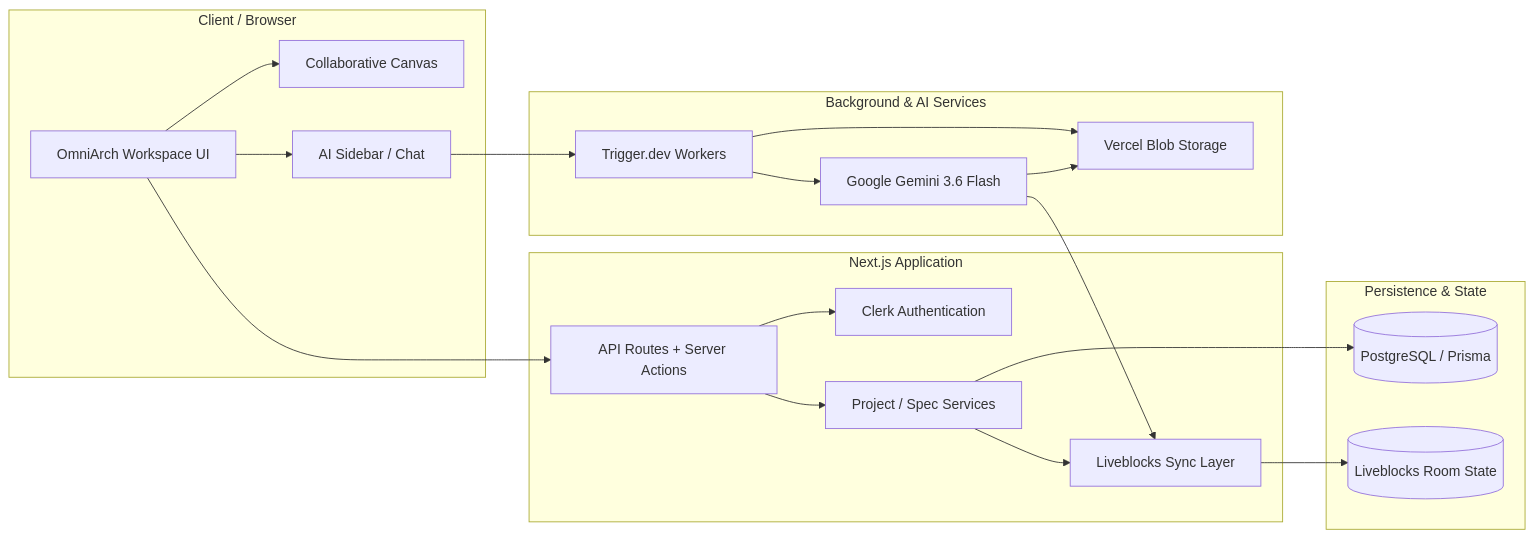
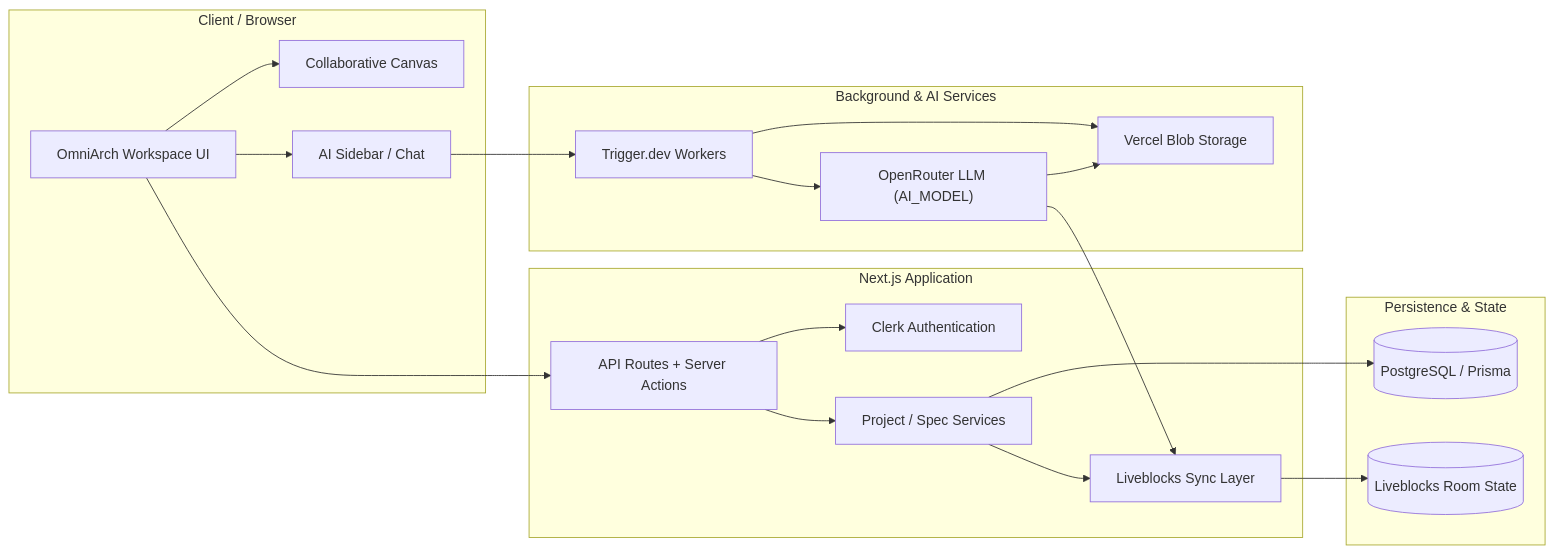
The first of 2 diagrams in README.md (itsdishant/omniarch), drawn with Mermaid before and after one commit. The commit also changed other lines of this file and 19 other files, not shown here.

First line of the commit message:
Move AI to OpenRouter and split dev/prod env files

````diff
--- a/README.md
+++ b/README.md
@@ -225,41 +237,41 @@
 ```mermaid
 flowchart LR
     subgraph Client["Client / Browser"]
         UI["OmniArch Workspace UI"]
         Canvas["Collaborative Canvas"]
         AI["AI Sidebar / Chat"]
     end
 
     subgraph App["Next.js Application"]
         API["API Routes + Server Actions"]
         Auth["Clerk Authentication"]
         Project["Project / Spec Services"]
         Live["Liveblocks Sync Layer"]
     end
 
     subgraph Services["Background & AI Services"]
         Trigger["Trigger.dev Workers"]
-        Gemini["Google Gemini 3.6 Flash"]
+        LLM["OpenRouter LLM (AI_MODEL)"]
         Blob["Vercel Blob Storage"]
     end
 
     subgraph Data["Persistence & State"]
         DB[("PostgreSQL / Prisma")]
         Flow[("Liveblocks Room State")]
     end
 
     UI --> Canvas
     UI --> AI
     UI --> API
     API --> Auth
     API --> Project
     Project --> DB
     Project --> Live
     Live --> Flow
 
     AI --> Trigger
-    Trigger --> Gemini
+    Trigger --> LLM
     Trigger --> Blob
-    Gemini --> Live
-    Gemini --> Blob
+    LLM --> Live
+    LLM --> Blob
 ```
````
